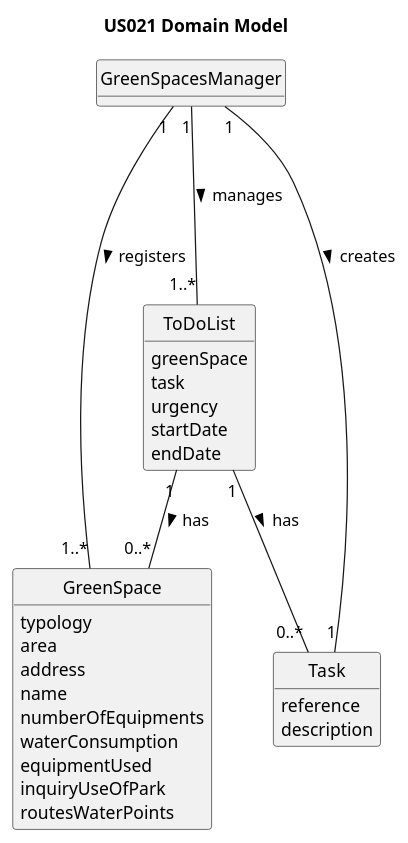
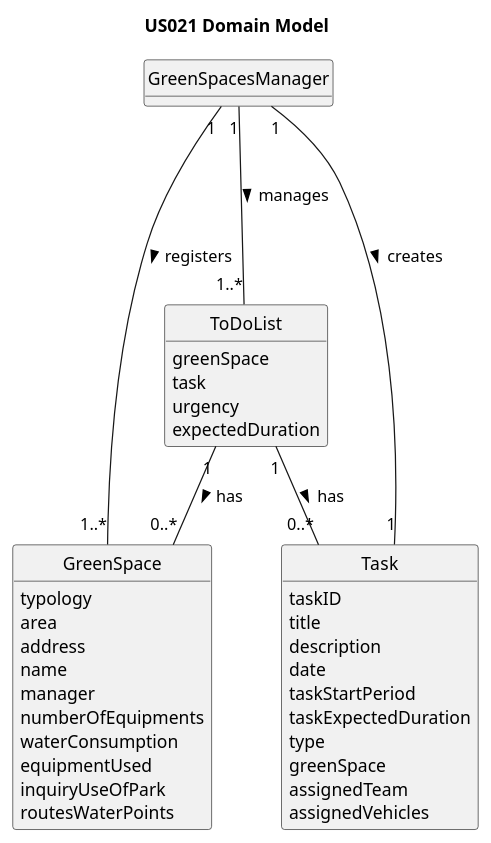
One commit to LopemigueISEP/lei-24-s2-1nb-g312 changed the diagram in docs/sprintC/US021/02.analysis/puml/us021-domain-model.puml. Above: the diagram before and after it, drawn with PlantUML. The commit also changed 8 other files, not shown here.

```diff
--- a/docs/sprintC/US021/02.analysis/puml/us021-domain-model.puml
+++ b/docs/sprintC/US021/02.analysis/puml/us021-domain-model.puml
@@ -1,49 +1,57 @@
 @startuml
 skinparam monochrome true
 skinparam packageStyle rectangle
 skinparam shadowing false
 'skinparam linetype ortho
 'left to right direction
 skinparam classAttributeIconSize 0
 hide circle
 hide methods
 
 title US021 Domain Model
 
 class GreenSpacesManager{
 
 }
 
 class GreenSpace {
     typology
     area
     address
     name
+    manager
     numberOfEquipments
     waterConsumption
     equipmentUsed
     inquiryUseOfPark
     routesWaterPoints
 }
 
 class ToDoList{
     greenSpace
     task
     urgency
-    startDate
-    endDate
+    expectedDuration
 }
 
 class Task {
-    reference
+    taskID
+    title
     description
+    date
+    taskStartPeriod
+    taskExpectedDuration
+    type
+    greenSpace
+    assignedTeam
+    assignedVehicles
 }
 
 GreenSpacesManager "1" --- "1..*" ToDoList : manages >
 GreenSpacesManager "1" --- "1" Task : creates >
 GreenSpacesManager "1" -- "1..*" GreenSpace : registers >
 
 ToDoList "1" -- "0..*" Task : has >
 ToDoList "1" -- "0..*" GreenSpace : has >
 
 @enduml
```
